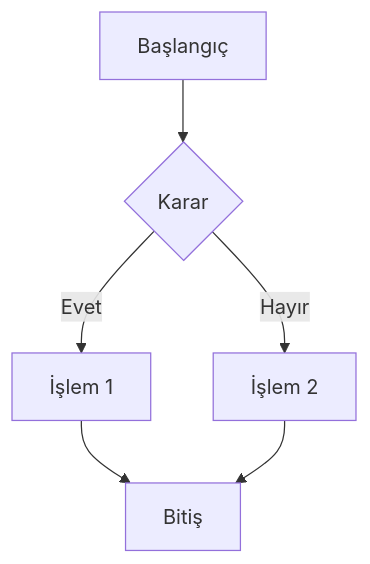
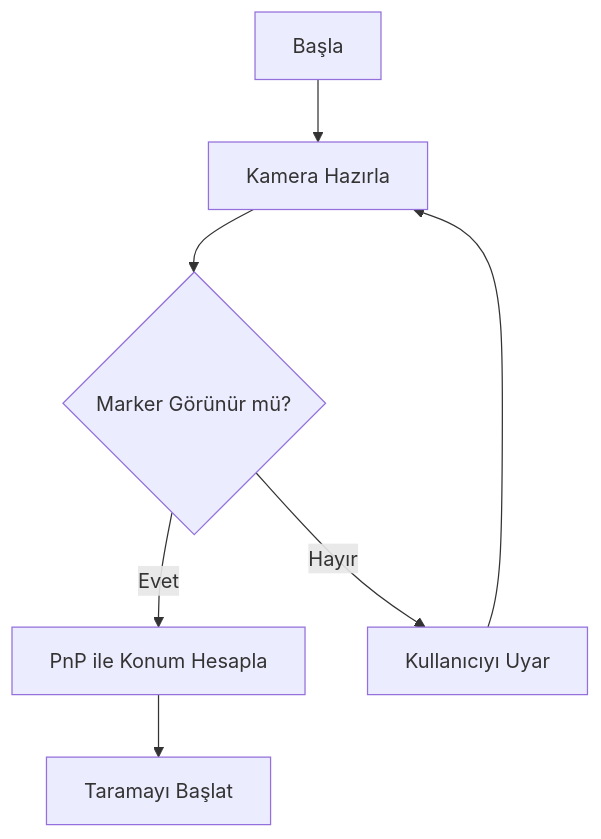
One commit to Muammer06/ClonifyLabs changed the first of 3 diagrams in docs/diagram-example.md. Above: the diagram before and after it, drawn with Mermaid. The commit also changed other lines of this file and 3 other files, not shown here.

````diff
--- a/docs/diagram-example.md
+++ b/docs/diagram-example.md
@@ -5,8 +13,9 @@
 ```mermaid
 graph TD
-    A[Başlangıç] --> B{Karar}
-    B -->|Evet| C[İşlem 1]
-    B -->|Hayır| D[İşlem 2]
-    C --> E[Bitiş]
-    D --> E
+    A[Başla] --> B[Kamera Hazırla]
+    B --> C{Marker Görünür mü?}
+    C -- Evet --> D[PnP ile Konum Hesapla]
+    C -- Hayır --> E[Kullanıcıyı Uyar]
+    D --> F[Taramayı Başlat]
+    E --> B
 ```
````
